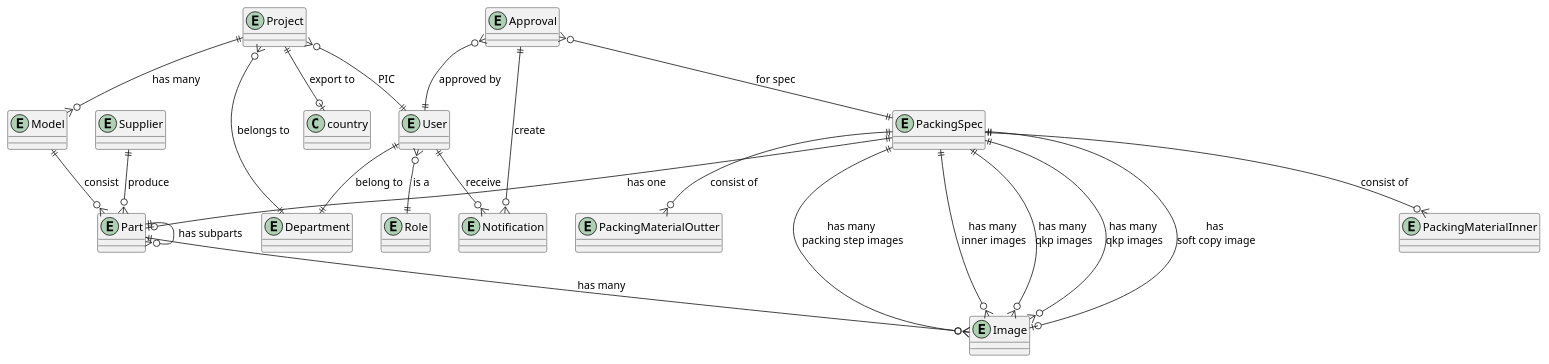
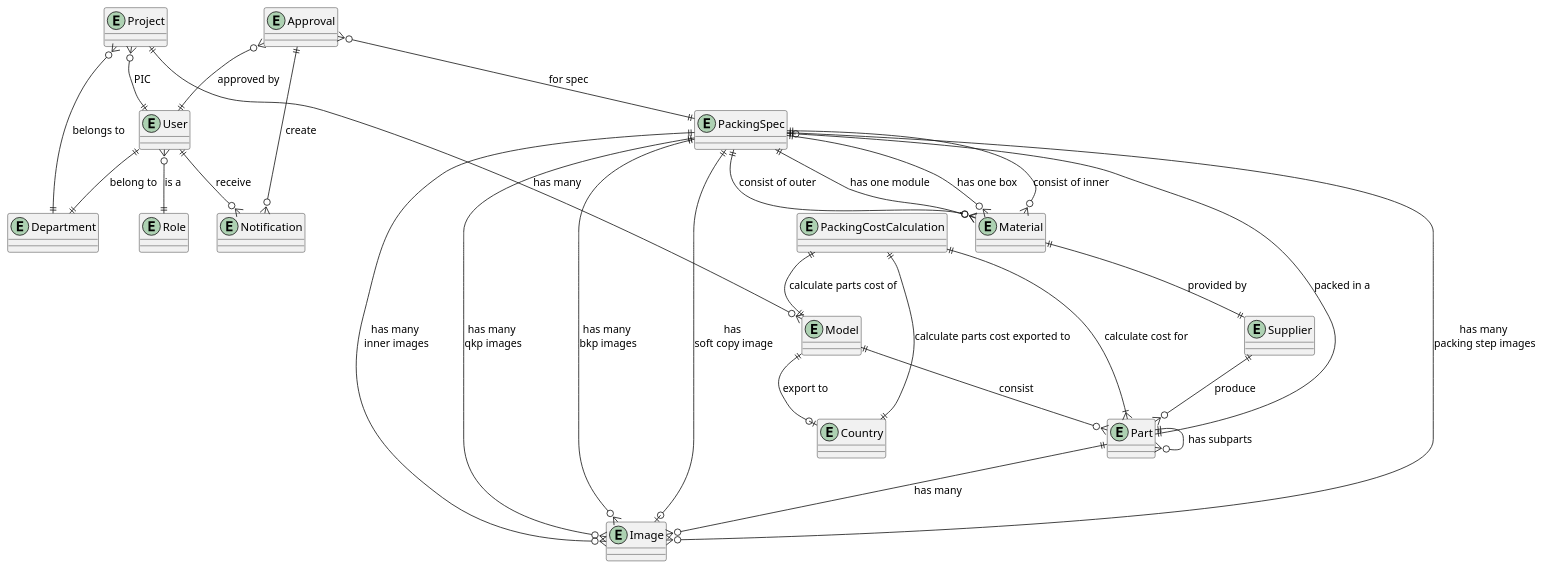
Before and after one commit to ari-fikri/packing-cost-diagrams: the diagram in ERD packing cost lv0.puml, drawn with PlantUML.

Commit message:
Add new relation for PackingMaterialInner and Outer Add export_to to country table

```diff
--- a/ERD packing cost lv0.puml
+++ b/ERD packing cost lv0.puml
@@ -1,73 +1,84 @@
 @startuml
 
 entity "Project" as project {
 }
 
 entity "Model" as model {
 }
 
 entity "Part" as part {
 }
 
 entity "PackingSpec" as ps {
 }
 
-entity "PackingMaterialInner" as pm_inner {
-}
-
-entity "PackingMaterialOutter" as pm_outer {
+entity "Material" as material {
 }
 
 entity "Supplier" as supplier {
+}
+
+entity "Country" as country {
 }
 
 entity "Image" as img {
 }
 
 entity "User" as user {
 }
 
 entity "Department" as dept {
 }
 
 entity "Role" as role {
 }
 
 entity "Approval" as approval {
 }
 
 entity "Notification" as notif {
 
 }
 
+entity "PackingCostCalculation" as cost_cal {  
+}
+
 ' Relationships
-ps ||--o| part : "has one"
-ps ||--o{ pm_inner : "consist of"
-ps ||--o{ pm_outer : "consist of"
+ps |o--|| part : "packed in a"
+ps ||--o{ material : "consist of inner"
+ps ||--o{ material : "consist of outer"
+ps ||--o{ material : "has one module"
+ps ||--o{ material : "has one box"
+
 ps ||--o{ img: "has many \npacking step images"
 ps ||--o{ img: "has many \ninner images"
 ps ||--o{ img: "has many \nqkp images"
-ps ||--o{ img: "has many \nqkp images"
+ps ||--o{ img: "has many \nbkp images"
 ps ||--o| img: "has \nsoft copy image"
 
 user ||--|| dept: "belong to"
 user }o--|| role : "is a"
 user ||--o{ notif: "receive"
 
 part ||--o{ part : "has subparts"
 part ||--o{ img : "has many"
 supplier ||--o{ part : "produce"
 'pm ||--o{ img: "has many"
 
 approval }o--|| user : "approved by"
 approval }o--|| ps : "for spec"
 approval ||--o{ notif : "create"
 
 project ||--o{ model : "has many"
 model ||--o{ part : "consist"
-project||--o| country : "export to"
+model ||--o| country : "export to"
 
 project }o--|| dept : "belongs to"
 project }o--|| user : "PIC"
 
+cost_cal ||--|| model : calculate parts cost of
+cost_cal ||--|{ part : calculate cost for
+cost_cal ||--|| country : calculate parts cost exported to
+
+material ||--|| supplier :provided by
 @enduml
```
